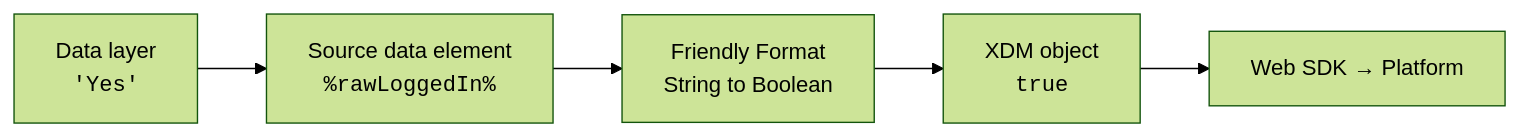
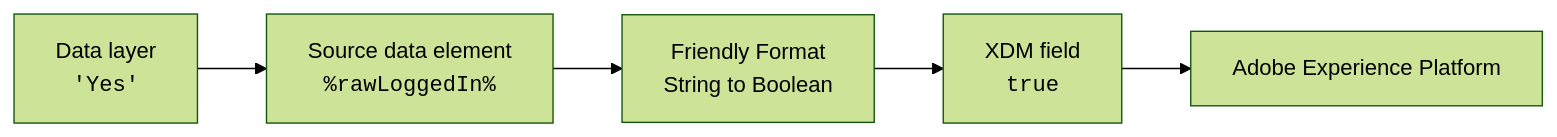
Before and after one commit to andylunsford/FriendlyFormat: the diagram in README.md, drawn with Mermaid (forest theme). The commit also changed other lines of this file, not shown here.

````diff
--- a/README.md
+++ b/README.md
@@ -36,7 +37,7 @@
 ```mermaid
 flowchart LR
     A["Data layer<br/><code>'Yes'</code>"] --> B["Source data element<br/><code>%rawLoggedIn%</code>"]
     B --> C["Friendly Format<br/>String to Boolean"]
-    C --> D["XDM object<br/><code>true</code>"]
-    D --> E["Web SDK → Platform"]
+    C --> D["XDM field<br/><code>true</code>"]
+    D --> E["Adobe Experience Platform"]
 ```
````
